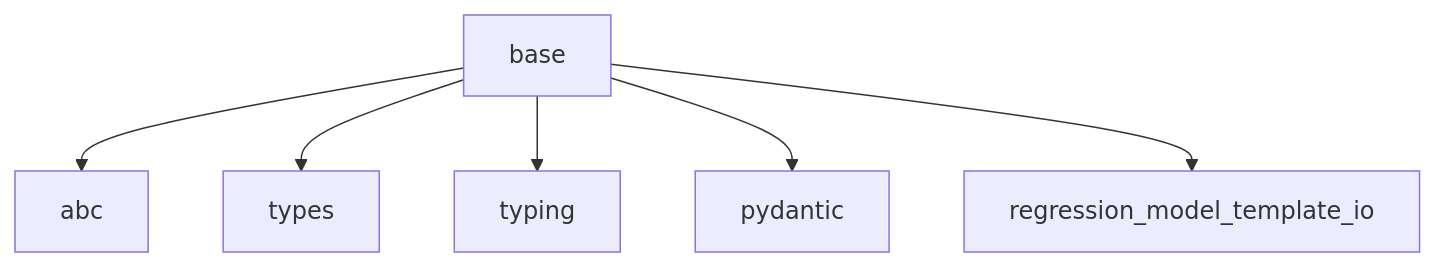
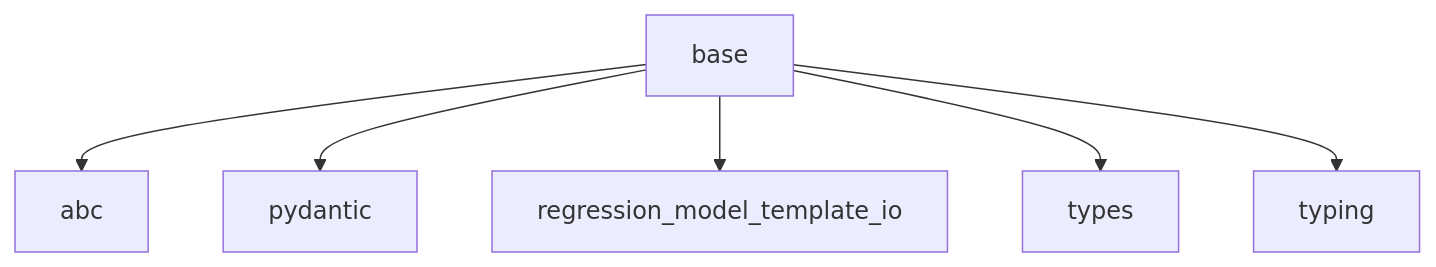
One commit to lgcorzo/mlops-python-package changed the second of 2 diagrams in wiki/base.md. Above: the diagram before and after it, drawn with Mermaid. The commit also changed other lines of this file and 31 other files, not shown here.

````diff
--- a/wiki/base.md
+++ b/wiki/base.md
@@ -29,8 +29,9 @@
 ```mermaid
 flowchart TD
+
     base --> abc
+    base --> pydantic
+    base --> regression_model_template_io
     base --> types
     base --> typing
-    base --> pydantic
-    base --> regression_model_template_io
 ```
````
